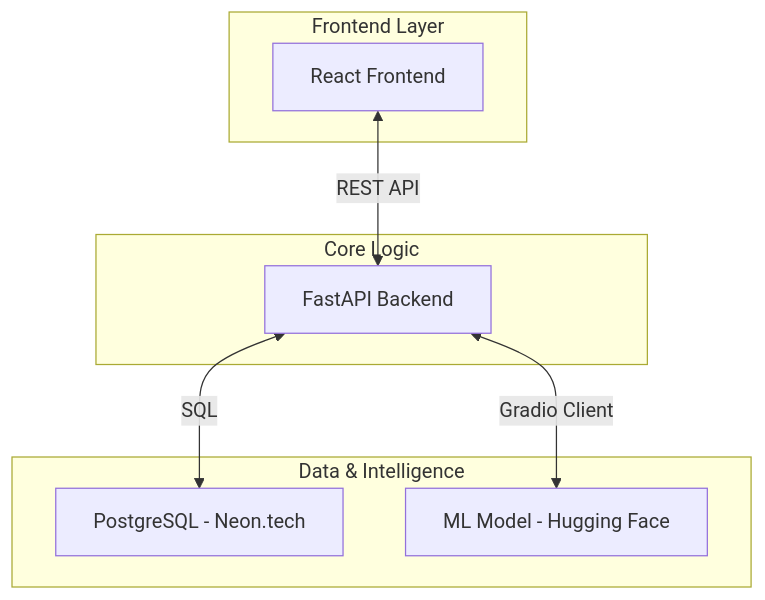
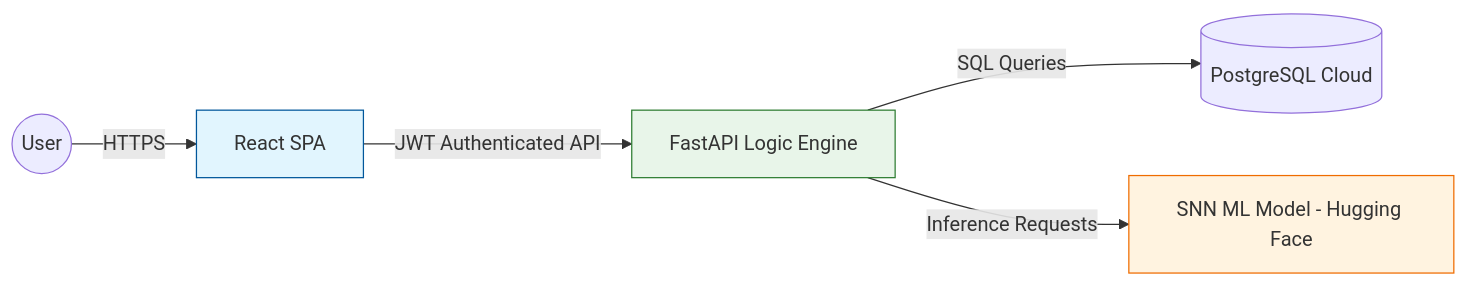
One commit to ak0425906-star/LIPIKA changed the diagram in README.md. Above: the diagram before and after it, drawn with Mermaid. The commit also changed other lines of this file, not shown here.

````diff
--- a/README.md
+++ b/README.md
@@ -60,19 +48,11 @@
 ```mermaid
-graph TD
-    A[React Frontend] <-->|REST API| B[FastAPI Backend]
-    B <-->|SQL| C[PostgreSQL - Neon.tech]
-    B <-->|Gradio Client| D[ML Model - Hugging Face]
+graph LR
+    User((User)) -->|HTTPS| Frontend[React SPA]
+    Frontend -->|JWT Authenticated API| Backend[FastAPI Logic Engine]
+    Backend -->|SQL Queries| DB[(PostgreSQL Cloud)]
+    Backend -->|Inference Requests| AI[SNN ML Model - Hugging Face]
     
-    subgraph "Frontend Layer"
-    A
-    end
-    
-    subgraph "Core Logic"
-    B
-    end
-    
-    subgraph "Data & Intelligence"
-    C
-    D
-    end
+    style Frontend fill:#e1f5fe,stroke:#01579b
+    style Backend fill:#e8f5e9,stroke:#2e7d32
+    style AI fill:#fff3e0,stroke:#ef6c00
 ```
````
